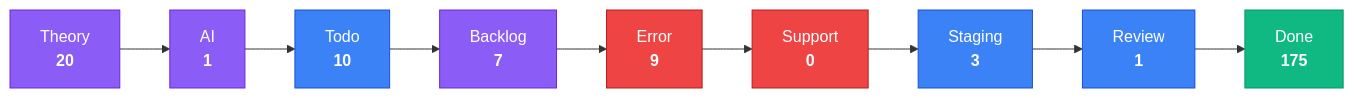
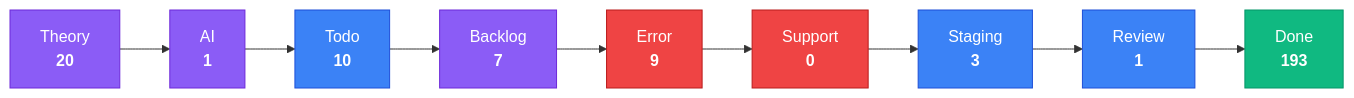
Before and after one commit to KBVE/kbve: the third of 4 diagrams in apps/kbve/astro-kbve/src/content/docs/dashboard/kanban-data.mdx, drawn with Mermaid. The commit also changed other lines of this file and 8 other files, not shown here.

````diff
--- a/apps/kbve/astro-kbve/src/content/docs/dashboard/kanban-data.mdx
+++ b/apps/kbve/astro-kbve/src/content/docs/dashboard/kanban-data.mdx
@@ -80,28 +80,28 @@
 ```mermaid
 flowchart LR
     classDef planning fill:#8b5cf6,stroke:#6d28d9,color:#fff
     classDef active fill:#3b82f6,stroke:#1d4ed8,color:#fff
     classDef blocked fill:#ef4444,stroke:#b91c1c,color:#fff
     classDef done fill:#10b981,stroke:#059669,color:#fff
     Theory["Theory<br/><strong>20</strong>"]
     Theory --> AI
     AI["AI<br/><strong>1</strong>"]
     AI --> Todo
     Todo["Todo<br/><strong>10</strong>"]
     Todo --> Backlog
     Backlog["Backlog<br/><strong>7</strong>"]
     Backlog --> Error
     Error["Error<br/><strong>9</strong>"]
     Error --> Support
     Support["Support<br/><strong>0</strong>"]
     Support --> Staging
     Staging["Staging<br/><strong>3</strong>"]
     Staging --> Review
     Review["Review<br/><strong>1</strong>"]
     Review --> Done
-    Done["Done<br/><strong>175</strong>"]
+    Done["Done<br/><strong>193</strong>"]
     class Theory,AI,Backlog planning
     class Todo,Staging,Review active
     class Error,Support blocked
     class Done done
 ```
````
